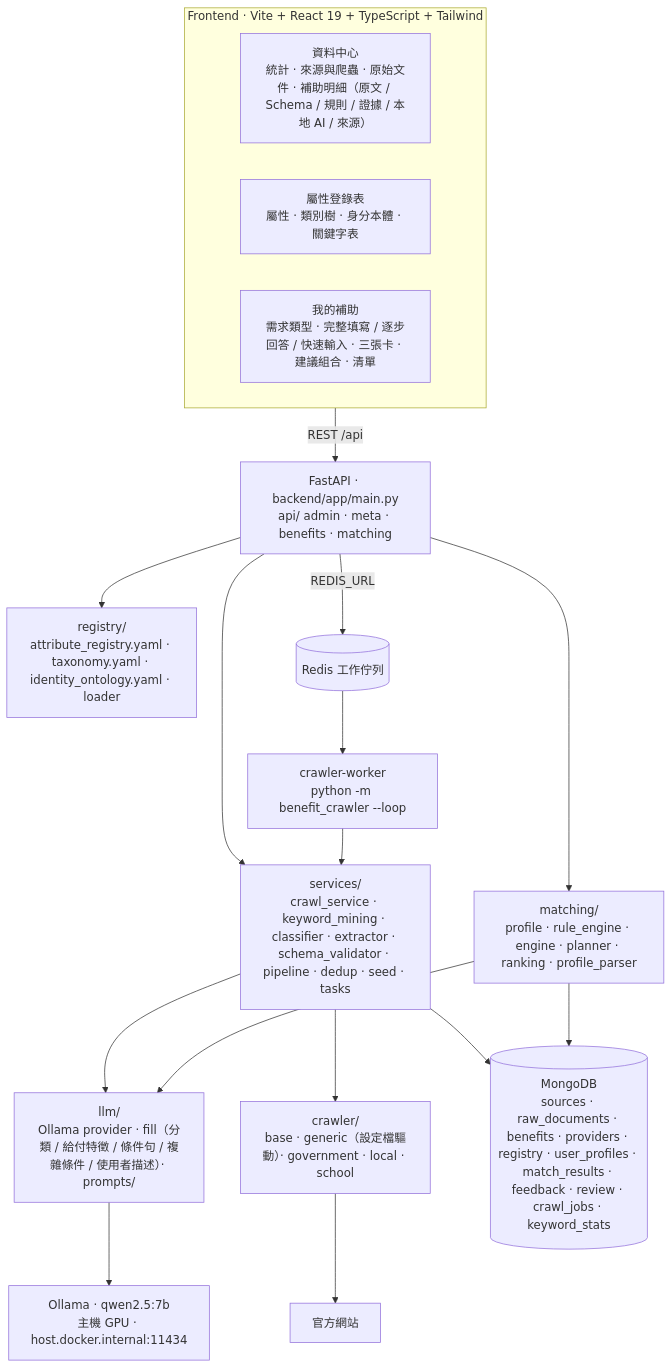
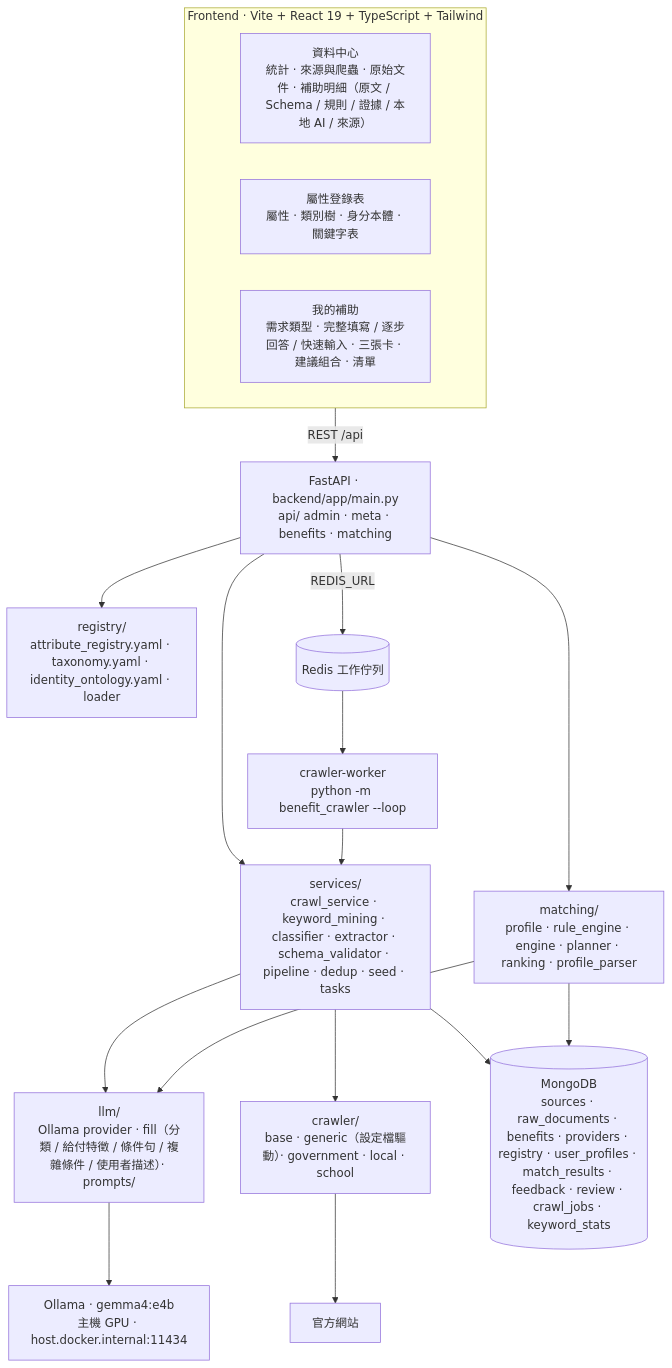
The diagram in docs/diagrams/architecture.md (Yili-code/WelfareBridge), drawn with Mermaid before and after one commit. The commit also changed 19 other files, not shown here.

First line of the commit message:
feat: replace Chinese LLM and embedding models with Gemma 4

````diff
--- a/docs/diagrams/architecture.md
+++ b/docs/diagrams/architecture.md
@@ -3,25 +3,25 @@
 ```mermaid
 flowchart TB
 
 subgraph FE[Frontend · Vite + React 19 + TypeScript + Tailwind]
   A1[資料中心<br/>統計 · 來源與爬蟲 · 原始文件 · 補助明細（原文 / Schema / 規則 / 證據 / 本地 AI / 來源）]
   A2[屬性登錄表<br/>屬性 · 類別樹 · 身分本體 · 關鍵字表]
   A3[我的補助<br/>需求類型 · 完整填寫 / 逐步回答 / 快速輸入 · 三張卡 · 建議組合 · 清單]
 end
 
 FE -->|REST /api| API[FastAPI · backend/app/main.py<br/>api/ admin · meta · benefits · matching]
 
 API --> SVC[services/<br/>crawl_service · keyword_mining · classifier · extractor · schema_validator · pipeline · dedup · seed · tasks]
 API --> MT[matching/<br/>profile · rule_engine · engine · planner · ranking · profile_parser]
 API --> REG[registry/<br/>attribute_registry.yaml · taxonomy.yaml · identity_ontology.yaml · loader]
 SVC --> LLM[llm/<br/>Ollama provider · fill（分類 / 給付特徵 / 條件句 / 複雜條件 / 使用者描述）· prompts/]
 MT --> LLM
 SVC --> CRAWL[crawler/<br/>base · generic（設定檔驅動）· government · local · school]
 SVC --> DB[(MongoDB<br/>sources · raw_documents · benefits · providers · registry · user_profiles · match_results · feedback · review · crawl_jobs · keyword_stats)]
 MT --> DB
-LLM --> OL[Ollama · qwen2.5:7b<br/>主機 GPU · host.docker.internal:11434]
+LLM --> OL[Ollama · gemma4:e4b<br/>主機 GPU · host.docker.internal:11434]
 CRAWL --> WEB[官方網站]
 WK[crawler-worker<br/>python -m benefit_crawler --loop] --> SVC
 API -->|REDIS_URL| RQ[(Redis 工作佇列)]
 RQ --> WK
 ```
````
